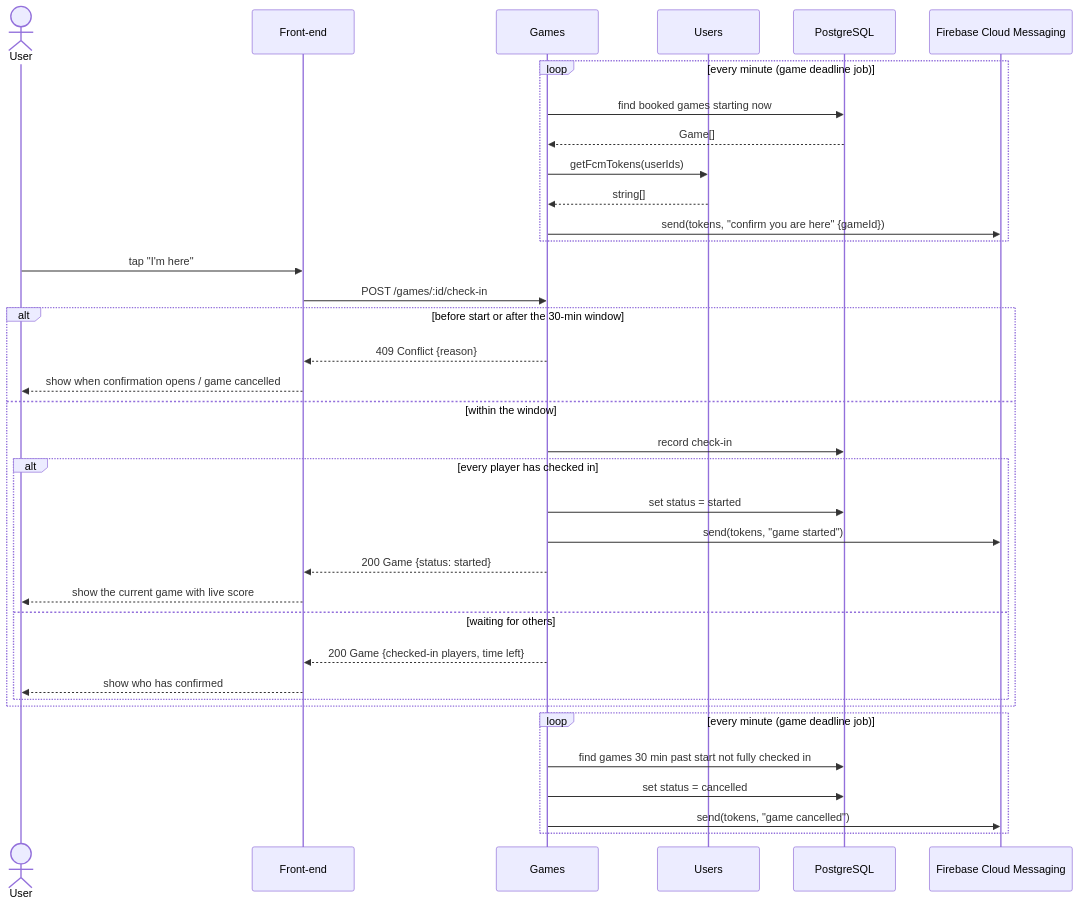
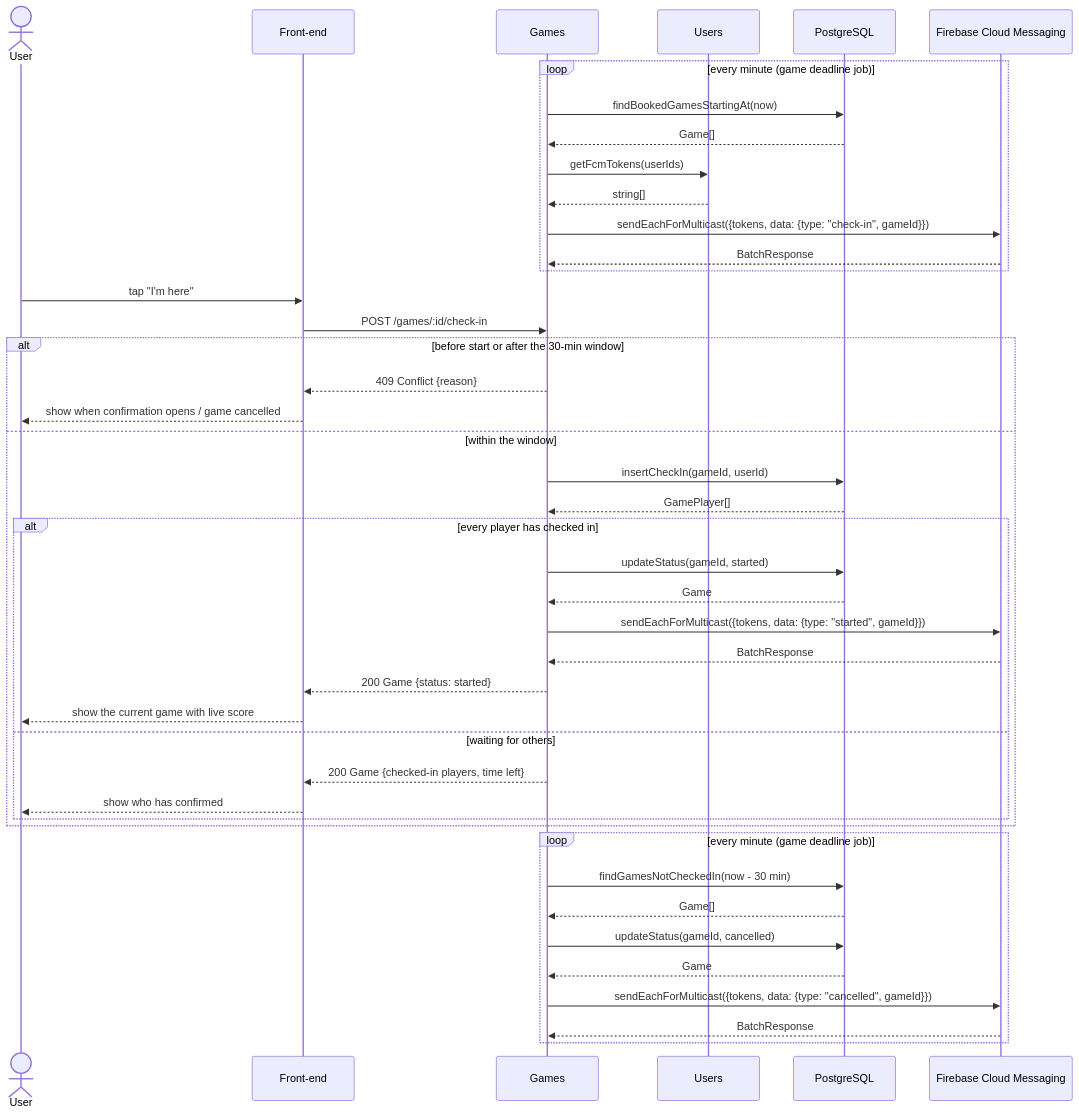
One commit to donut-cpen321/donut changed the fourth of 7 diagrams in documentation/Requirements_and_Design.md. Above: the diagram before and after it, drawn with Mermaid. The commit also changed other lines of this file, not shown here.

````diff
--- a/documentation/Requirements_and_Design.md
+++ b/documentation/Requirements_and_Design.md
@@ -603,41 +620,48 @@
 ```mermaid
 sequenceDiagram
     actor User
     participant FE as Front-end
     participant G as Games
     participant U as Users
     participant DB as PostgreSQL
     participant FCM as Firebase Cloud Messaging
 
     loop every minute (game deadline job)
-        G->>DB: find booked games starting now
+        G->>DB: findBookedGamesStartingAt(now)
         DB-->>G: Game[]
         G->>U: getFcmTokens(userIds)
         U-->>G: string[]
-        G->>FCM: send(tokens, "confirm you are here" {gameId})
+        G->>FCM: sendEachForMulticast({tokens, data: {type: "check-in", gameId}})
+        FCM-->>G: BatchResponse
     end
 
     User->>FE: tap "I'm here"
     FE->>G: POST /games/:id/check-in
     alt before start or after the 30-min window
         G-->>FE: 409 Conflict {reason}
         FE-->>User: show when confirmation opens / game cancelled
     else within the window
-        G->>DB: record check-in
+        G->>DB: insertCheckIn(gameId, userId)
+        DB-->>G: GamePlayer[]
         alt every player has checked in
-            G->>DB: set status = started
-            G->>FCM: send(tokens, "game started")
+            G->>DB: updateStatus(gameId, started)
+            DB-->>G: Game
+            G->>FCM: sendEachForMulticast({tokens, data: {type: "started", gameId}})
+            FCM-->>G: BatchResponse
             G-->>FE: 200 Game {status: started}
             FE-->>User: show the current game with live score
         else waiting for others
             G-->>FE: 200 Game {checked-in players, time left}
             FE-->>User: show who has confirmed
         end
     end
 
     loop every minute (game deadline job)
-        G->>DB: find games 30 min past start not fully checked in
-        G->>DB: set status = cancelled
-        G->>FCM: send(tokens, "game cancelled")
+        G->>DB: findGamesNotCheckedIn(now - 30 min)
+        DB-->>G: Game[]
+        G->>DB: updateStatus(gameId, cancelled)
+        DB-->>G: Game
+        G->>FCM: sendEachForMulticast({tokens, data: {type: "cancelled", gameId}})
+        FCM-->>G: BatchResponse
     end
 ```
````
